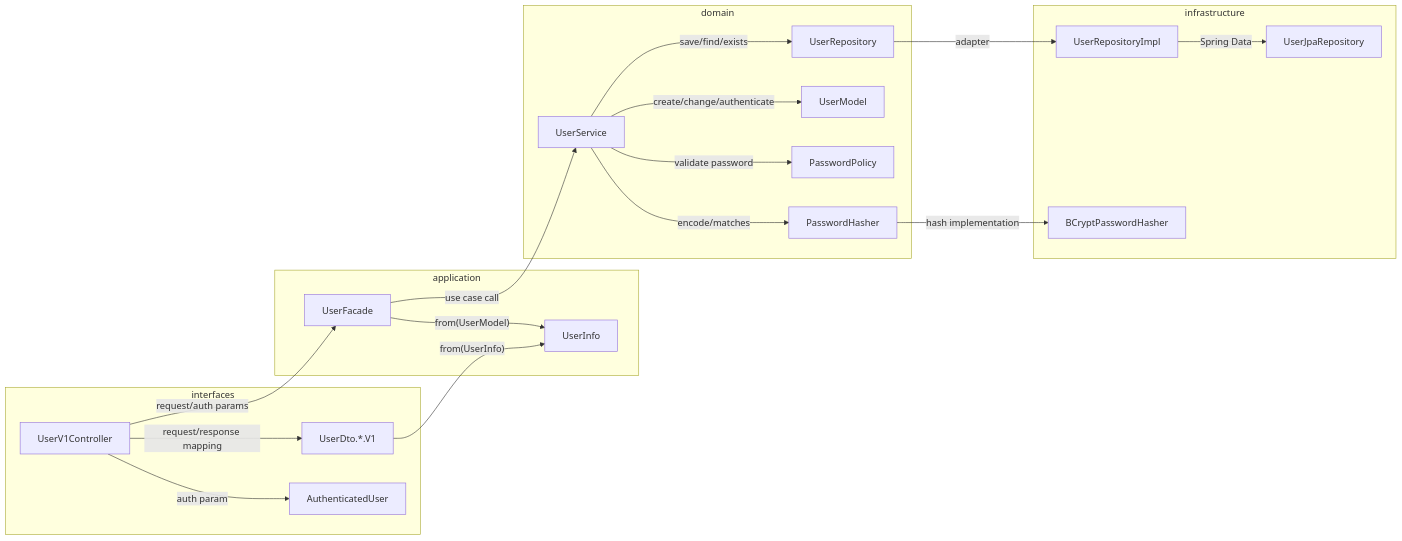
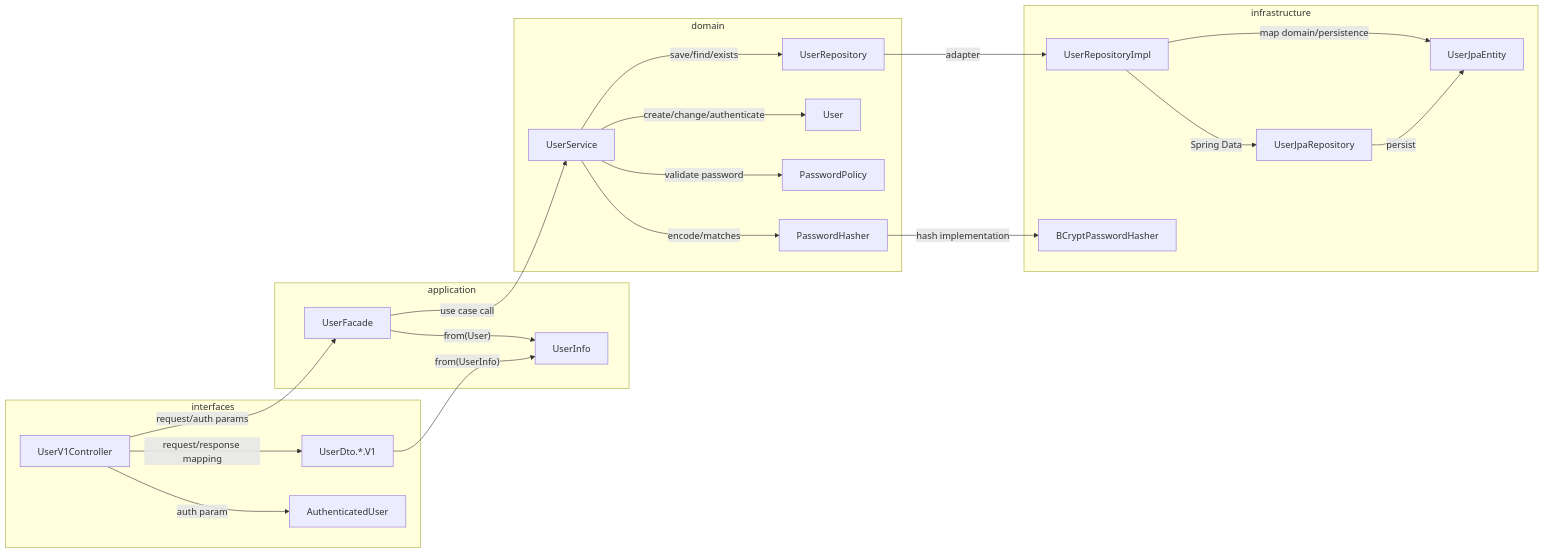
Before and after one commit to loopers-labs/loop-pack-be-l2-vol4-java: the sixth of 6 diagrams in docs/week3/01-api-dependency-structure.md, drawn with Mermaid. The commit also changed other lines of this file and 6 other files, not shown here.

````diff
--- a/docs/week3/01-api-dependency-structure.md
+++ b/docs/week3/01-api-dependency-structure.md
@@ -366,44 +405,47 @@
 ```mermaid
 flowchart LR
     subgraph interfaces
         UserV1Controller
         UserDto["UserDto.*.V1"]
         AuthenticatedUser
     end
 
     subgraph application
         UserFacade
         UserInfo
     end
 
     subgraph domain
         UserService
         UserRepository
-        UserModel
+        User
         PasswordPolicy
         PasswordHasher
     end
 
     subgraph infrastructure
         UserRepositoryImpl
         UserJpaRepository
+        UserJpaEntity
         BCryptPasswordHasher
     end
 
     UserV1Controller -->|"request/auth params"| UserFacade
     UserV1Controller -->|"request/response mapping"| UserDto
     UserV1Controller -->|"auth param"| AuthenticatedUser
     UserDto -->|"from(UserInfo)"| UserInfo
 
     UserFacade -->|"use case call"| UserService
-    UserFacade -->|"from(UserModel)"| UserInfo
+    UserFacade -->|"from(User)"| UserInfo
 
     UserService -->|"save/find/exists"| UserRepository
-    UserService -->|"create/change/authenticate"| UserModel
+    UserService -->|"create/change/authenticate"| User
     UserService -->|"validate password"| PasswordPolicy
     UserService -->|"encode/matches"| PasswordHasher
 
     UserRepository -->|"adapter"| UserRepositoryImpl
+    UserRepositoryImpl -->|"map domain/persistence"| UserJpaEntity
     UserRepositoryImpl -->|"Spring Data"| UserJpaRepository
+    UserJpaRepository -->|"persist"| UserJpaEntity
     PasswordHasher -->|"hash implementation"| BCryptPasswordHasher
 ```
````
